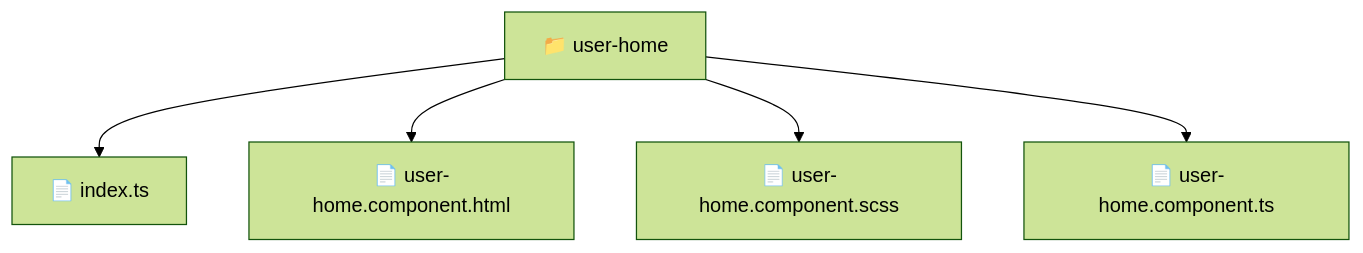
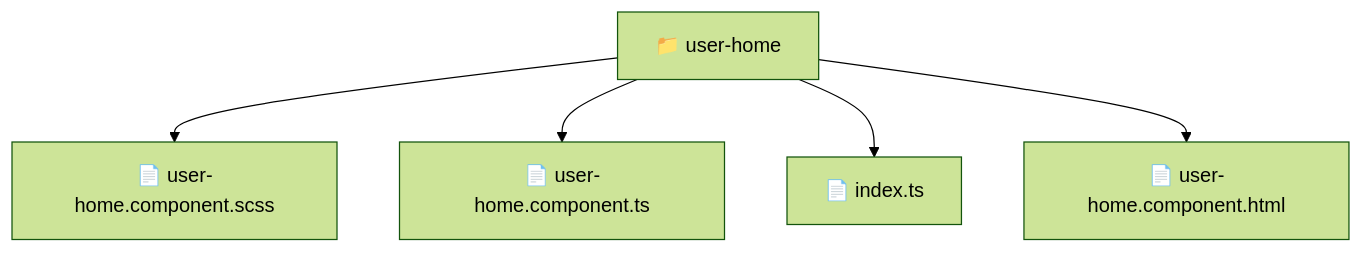
One commit to beginwebdev2002/fullstack-mavluda changed the diagram in frontend/src/pages/user-home/README.md. Above: the diagram before and after it, drawn with Mermaid (forest theme). The commit also changed other lines of this file and 164 other files, not shown here.

First line of the commit message:
docs: generate robust autonomous architectural documentation

````diff
--- a/frontend/src/pages/user-home/README.md
+++ b/frontend/src/pages/user-home/README.md
@@ -11,8 +11,8 @@
 ```mermaid
 graph TD
-  Root["📁 user-home"]
-  Root --> index_ts["📄 index.ts"]
-  Root --> user_home_component_html["📄 user-home.component.html"]
-  Root --> user_home_component_scss["📄 user-home.component.scss"]
-  Root --> user_home_component_ts["📄 user-home.component.ts"]
+    f_user_home["📁 user-home"]
+    f_user_home --> f_user_home_component_scss["📄 user-home.component.scss"]
+    f_user_home --> f_user_home_component_ts["📄 user-home.component.ts"]
+    f_user_home --> f_index_ts["📄 index.ts"]
+    f_user_home --> f_user_home_component_html["📄 user-home.component.html"]
 ```
````
